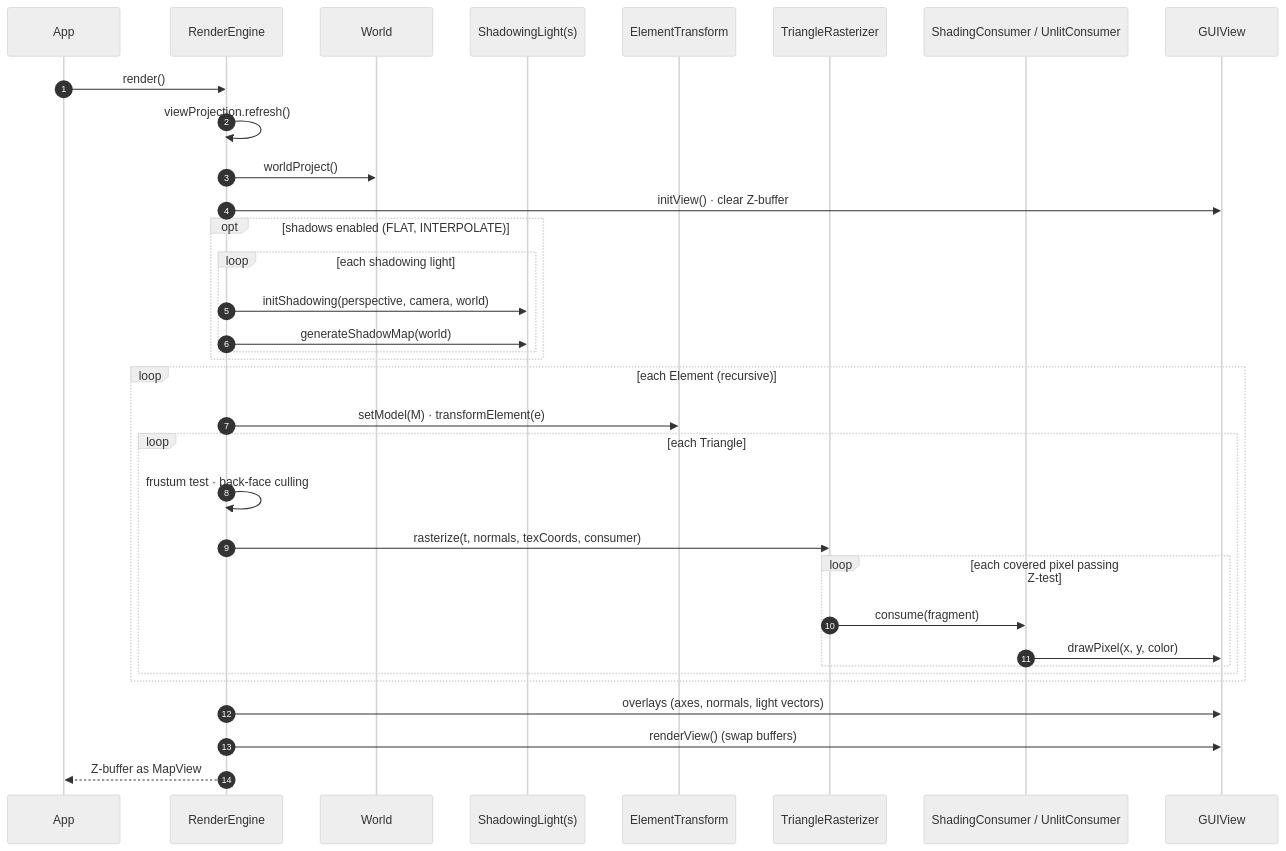
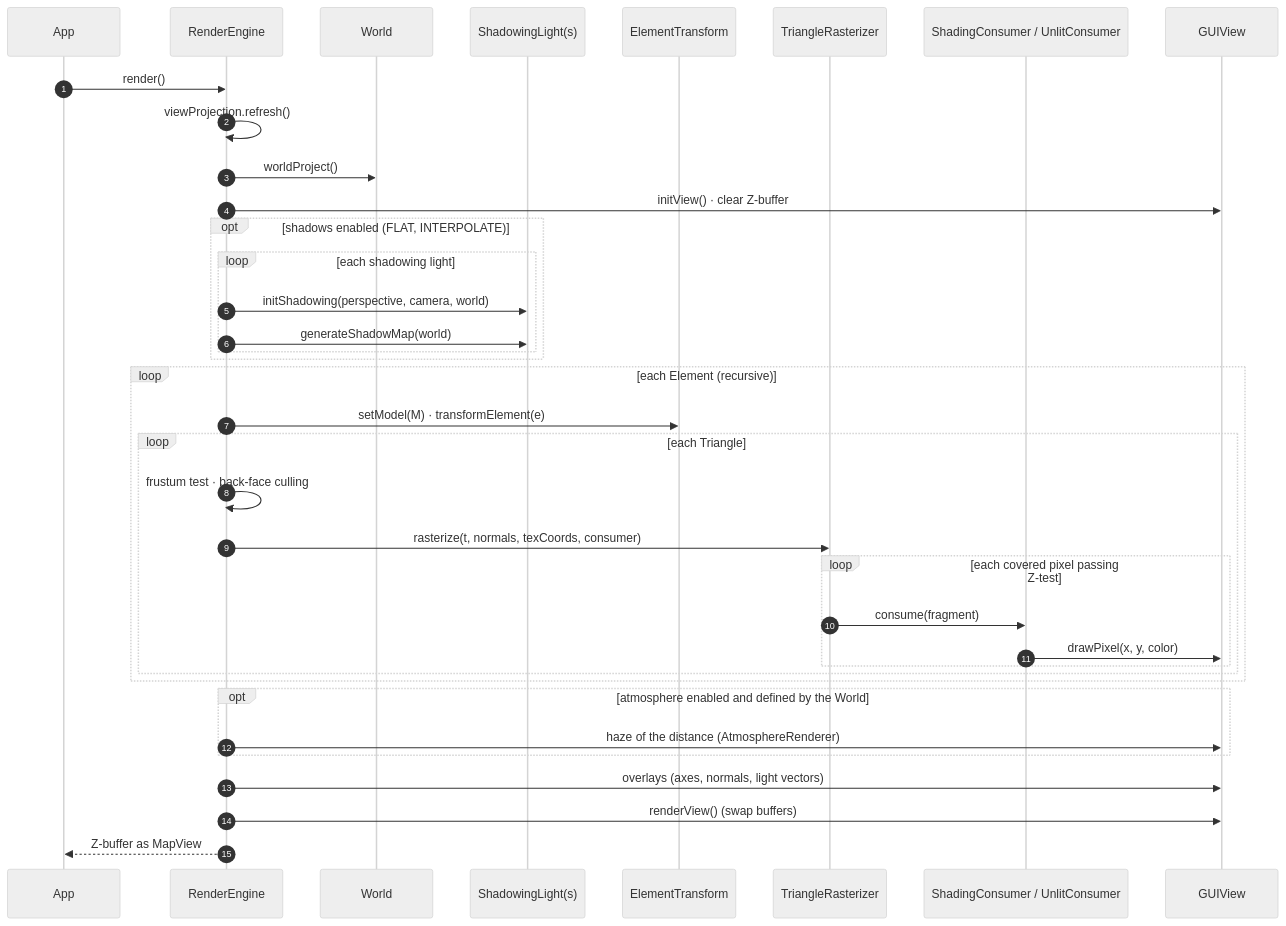
The eighth of 21 diagrams in docs/DESIGN.md (obarry/Aventura), drawn with Mermaid (neutral theme) before and after one commit. The commit also changed other lines of this file and 20 other files, not shown here.

First line of the commit message:
Add the atmosphere: haze of the distance (World, RenderContext, SceneViewer, demos)

````diff
--- a/docs/DESIGN.md
+++ b/docs/DESIGN.md
@@ -267,37 +267,40 @@
 ```mermaid
 sequenceDiagram
     autonumber
     participant App
     participant RE as RenderEngine
     participant W as World
     participant SL as ShadowingLight(s)
     participant ET as ElementTransform
     participant TR as TriangleRasterizer
     participant SC as ShadingConsumer / UnlitConsumer
     participant V as GUIView
 
     App->>RE: render()
     RE->>RE: viewProjection.refresh()
     RE->>W: worldProject()
     RE->>V: initView() · clear Z-buffer
     opt shadows enabled (FLAT, INTERPOLATE)
         loop each shadowing light
             RE->>SL: initShadowing(perspective, camera, world)
             RE->>SL: generateShadowMap(world)
         end
     end
     loop each Element (recursive)
         RE->>ET: setModel(M) · transformElement(e)
         loop each Triangle
             RE->>RE: frustum test · back-face culling
             RE->>TR: rasterize(t, normals, texCoords, consumer)
             loop each covered pixel passing Z-test
                 TR->>SC: consume(fragment)
                 SC->>V: drawPixel(x, y, color)
             end
         end
     end
+    opt atmosphere enabled and defined by the World
+        RE->>V: haze of the distance (AtmosphereRenderer)
+    end
     RE->>V: overlays (axes, normals, light vectors)
     RE->>V: renderView()  (swap buffers)
     RE-->>App: Z-buffer as MapView
 ```
````
